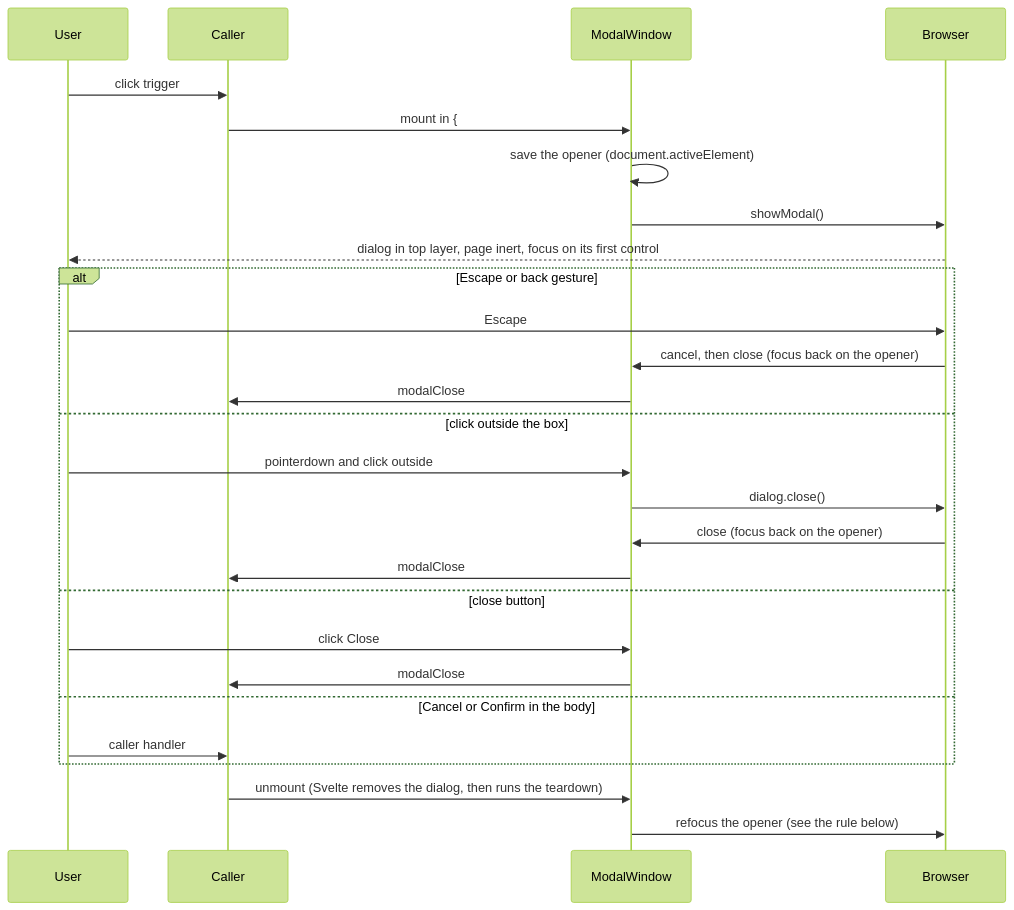
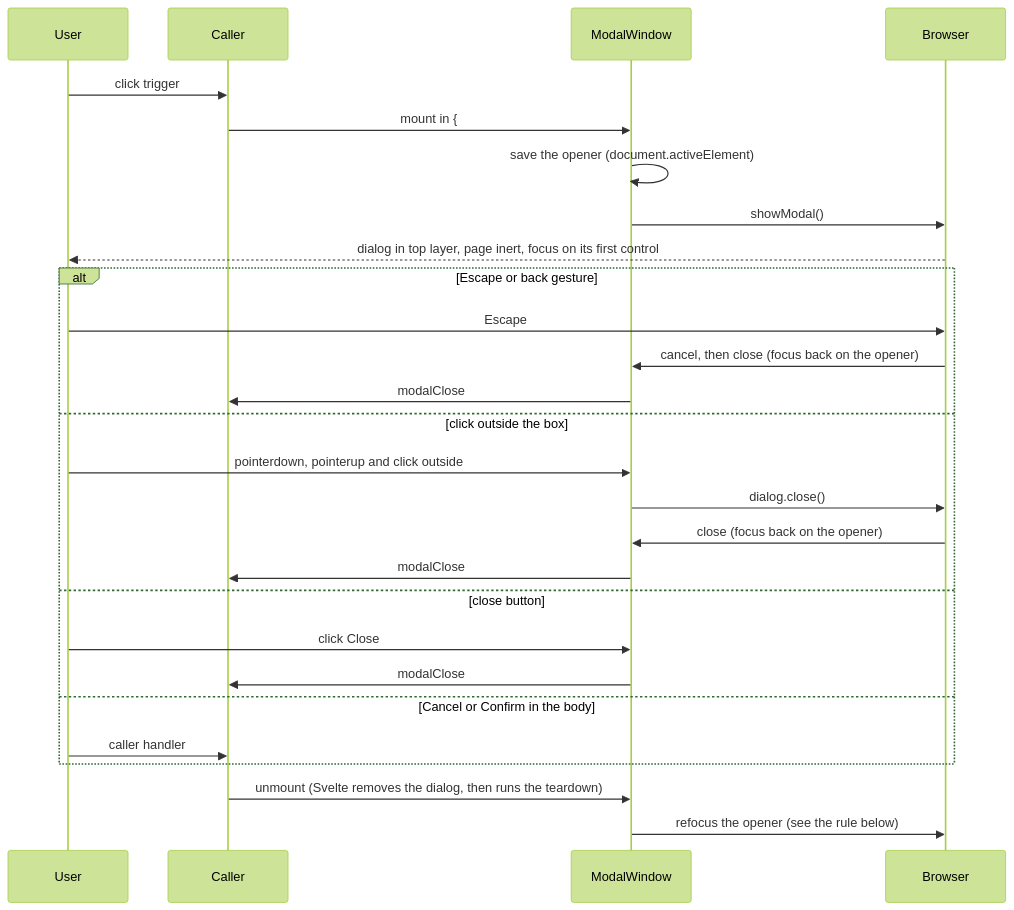
One commit to scylladb/argus changed the first of 3 diagrams in tasks/ARGUS-273/ARGUS-274/spec.md. Above: the diagram before and after it, drawn with Mermaid (forest theme). The commit also changed other lines of this file and 1 other file, not shown here.

````diff
--- a/tasks/ARGUS-273/ARGUS-274/spec.md
+++ b/tasks/ARGUS-273/ARGUS-274/spec.md
@@ -54,29 +51,29 @@
 ```mermaid
 sequenceDiagram
     participant U as User
     participant C as Caller
     participant M as ModalWindow
     participant B as Browser
     U->>C: click trigger
     C->>M: mount in {#if}
     M->>M: save the opener (document.activeElement)
     M->>B: showModal()
     B-->>U: dialog in top layer, page inert, focus on its first control
     alt Escape or back gesture
         U->>B: Escape
         B->>M: cancel, then close (focus back on the opener)
         M->>C: modalClose
     else click outside the box
-        U->>M: pointerdown and click outside
+        U->>M: pointerdown, pointerup and click outside
         M->>B: dialog.close()
         B->>M: close (focus back on the opener)
         M->>C: modalClose
     else close button
         U->>M: click Close
         M->>C: modalClose
     else Cancel or Confirm in the body
         U->>C: caller handler
     end
     C->>M: unmount (Svelte removes the dialog, then runs the teardown)
     M->>B: refocus the opener (see the rule below)
 ```
````
